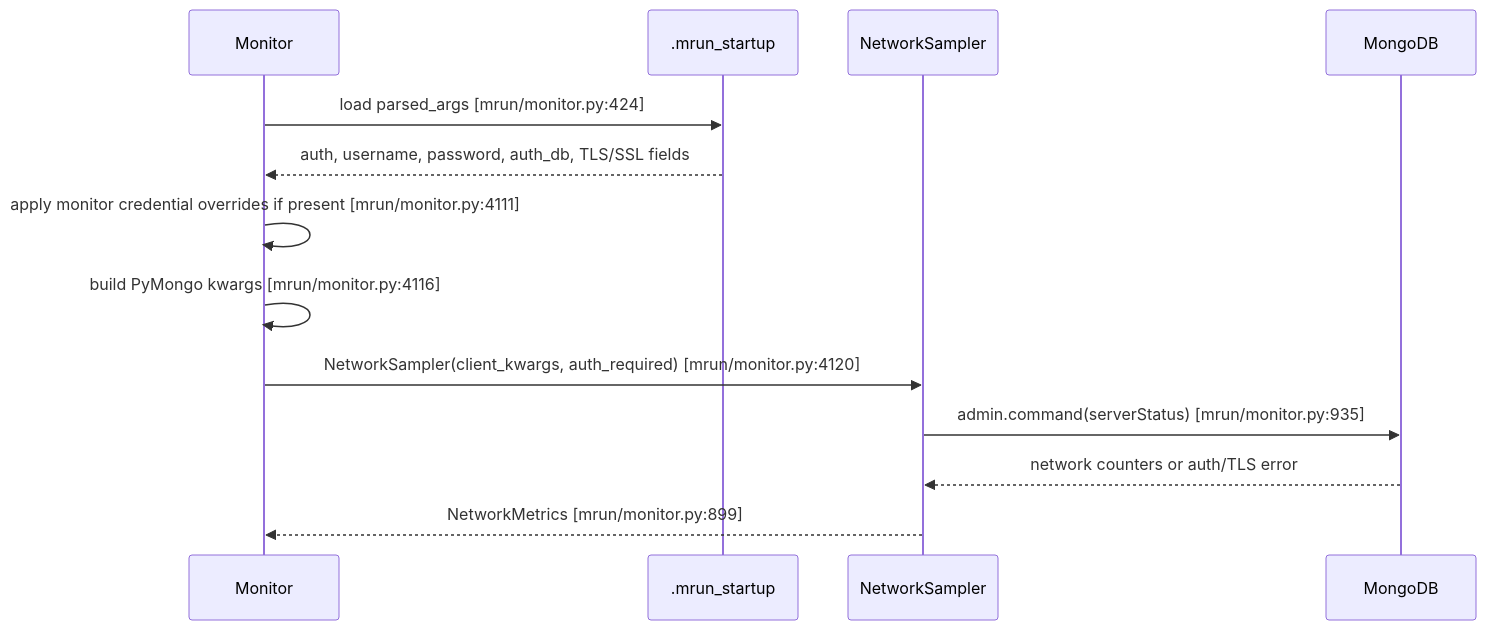
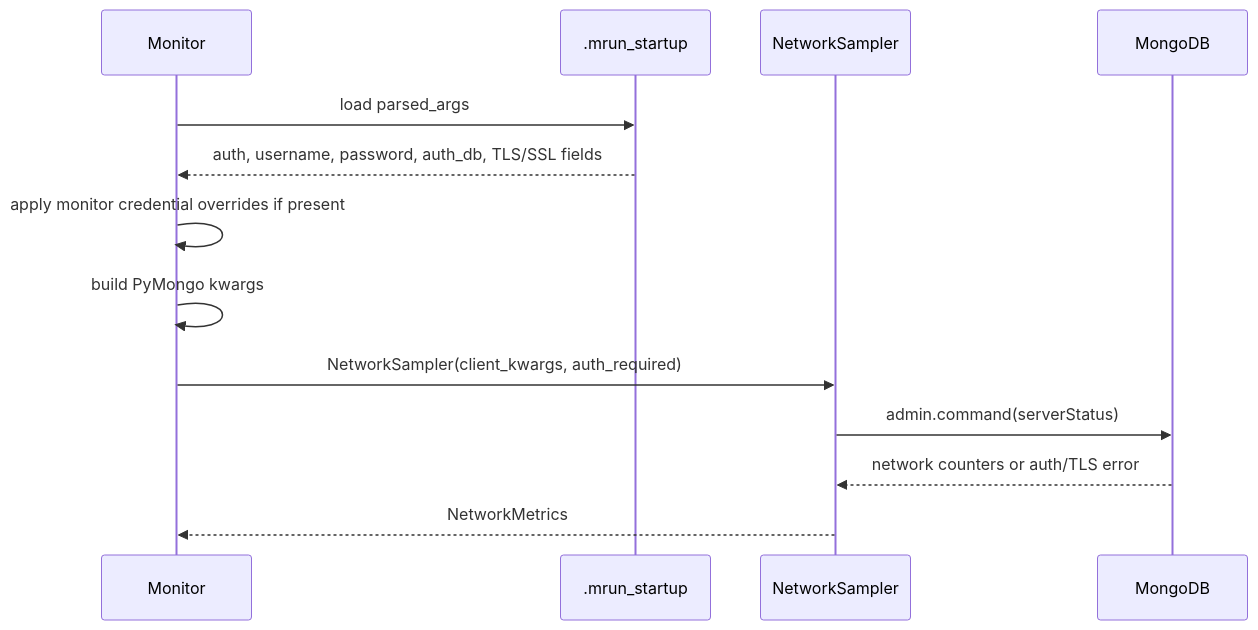
Before and after one commit to mongodb/mlaunch: the third of 12 diagrams in doc/feature-monitor-guide.md, drawn with Mermaid. The commit also changed other lines of this file and 5 other files, not shown here.

Commit message:
Add interactive mrun monitor improvements

````diff
--- a/doc/feature-monitor-guide.md
+++ b/doc/feature-monitor-guide.md
@@ -232,16 +212,16 @@
 ```mermaid
 sequenceDiagram
     participant Monitor as Monitor
     participant FS as .mrun_startup
     participant Sampler as NetworkSampler
     participant Mongo as MongoDB
 
-    Monitor->>FS: load parsed_args [mrun/monitor.py:424]
+    Monitor->>FS: load parsed_args
     FS-->>Monitor: auth, username, password, auth_db, TLS/SSL fields
-    Monitor->>Monitor: apply monitor credential overrides if present [mrun/monitor.py:4111]
-    Monitor->>Monitor: build PyMongo kwargs [mrun/monitor.py:4116]
-    Monitor->>Sampler: NetworkSampler(client_kwargs, auth_required) [mrun/monitor.py:4120]
-    Sampler->>Mongo: admin.command(serverStatus) [mrun/monitor.py:935]
+    Monitor->>Monitor: apply monitor credential overrides if present
+    Monitor->>Monitor: build PyMongo kwargs
+    Monitor->>Sampler: NetworkSampler(client_kwargs, auth_required)
+    Sampler->>Mongo: admin.command(serverStatus)
     Mongo-->>Sampler: network counters or auth/TLS error
-    Sampler-->>Monitor: NetworkMetrics [mrun/monitor.py:899]
+    Sampler-->>Monitor: NetworkMetrics
 ```
````
